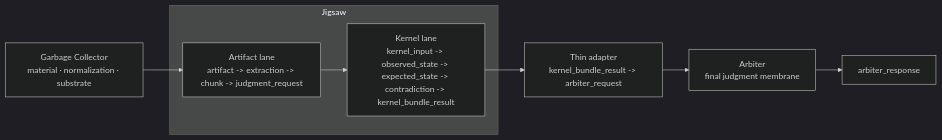
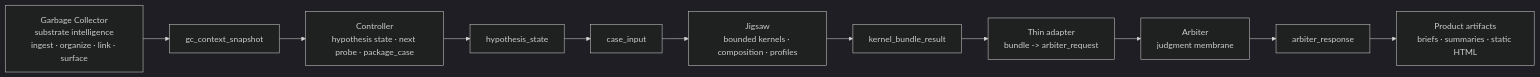
One commit to BytemasterWez/Jigsaw changed the first of 2 diagrams in ARCHITECTURE_DIAGRAM.md. Above: the diagram before and after it, drawn with Mermaid (dark theme). The commit also changed other lines of this file and 6 other files, not shown here.

Commit message:
docs: refresh public architecture overview

````diff
--- a/ARCHITECTURE_DIAGRAM.md
+++ b/ARCHITECTURE_DIAGRAM.md
@@ -3,19 +3,25 @@
 ```mermaid
 flowchart LR
-    GC["Garbage Collector<br/>material · normalization · substrate"]
-    JI["Jigsaw<br/>middle capability layer"]
-    AR["Arbiter<br/>final judgment membrane"]
+    GC["Garbage Collector<br/>substrate intelligence<br/>ingest · organize · link · surface"]
+    SNAP["gc_context_snapshot"]
+    CTRL["Controller<br/>hypothesis state · next probe · package_case"]
+    HYP["hypothesis_state"]
+    CASE["case_input"]
+    JIG["Jigsaw<br/>bounded kernels · composition · profiles"]
+    BUNDLE["kernel_bundle_result"]
+    ADAPT["Thin adapter<br/>bundle -> arbiter_request"]
+    ARB["Arbiter<br/>judgment membrane"]
+    RESP["arbiter_response"]
+    PROD["Product artifacts<br/>briefs · summaries · static HTML"]
 
-    GC --> JL1
-    JL1 --> JL2
-    JL2 --> KA
-    KA --> AR
-
-    subgraph JI ["Jigsaw"]
-        JL1["Artifact lane<br/>artifact -> extraction -> chunk -> judgment_request"]
-        JL2["Kernel lane<br/>kernel_input -> observed_state -> expected_state -> contradiction -> kernel_bundle_result"]
-    end
-
-    KA["Thin adapter<br/>kernel_bundle_result -> arbiter_request"]
-    AR --> RESP["arbiter_response"]
+    GC --> SNAP
+    SNAP --> CTRL
+    CTRL --> HYP
+    HYP --> CASE
+    CASE --> JIG
+    JIG --> BUNDLE
+    BUNDLE --> ADAPT
+    ADAPT --> ARB
+    ARB --> RESP
+    RESP --> PROD
 ```
````
